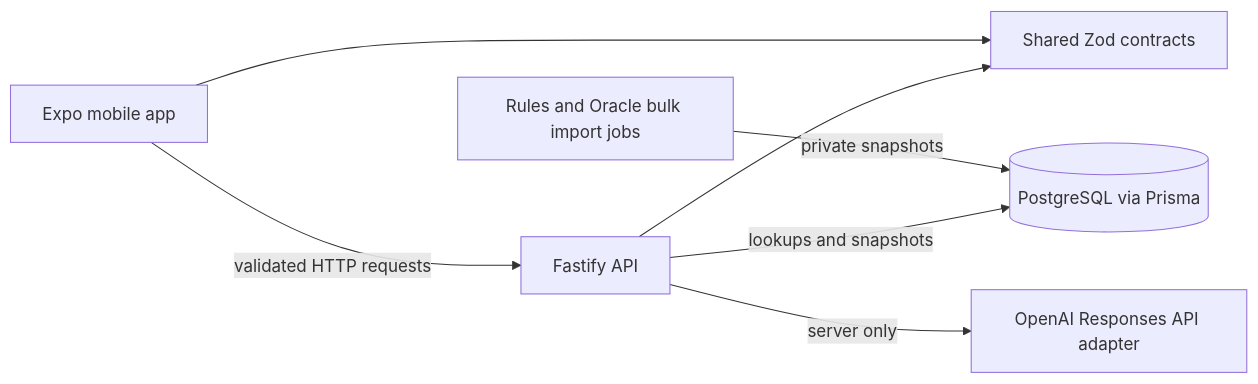
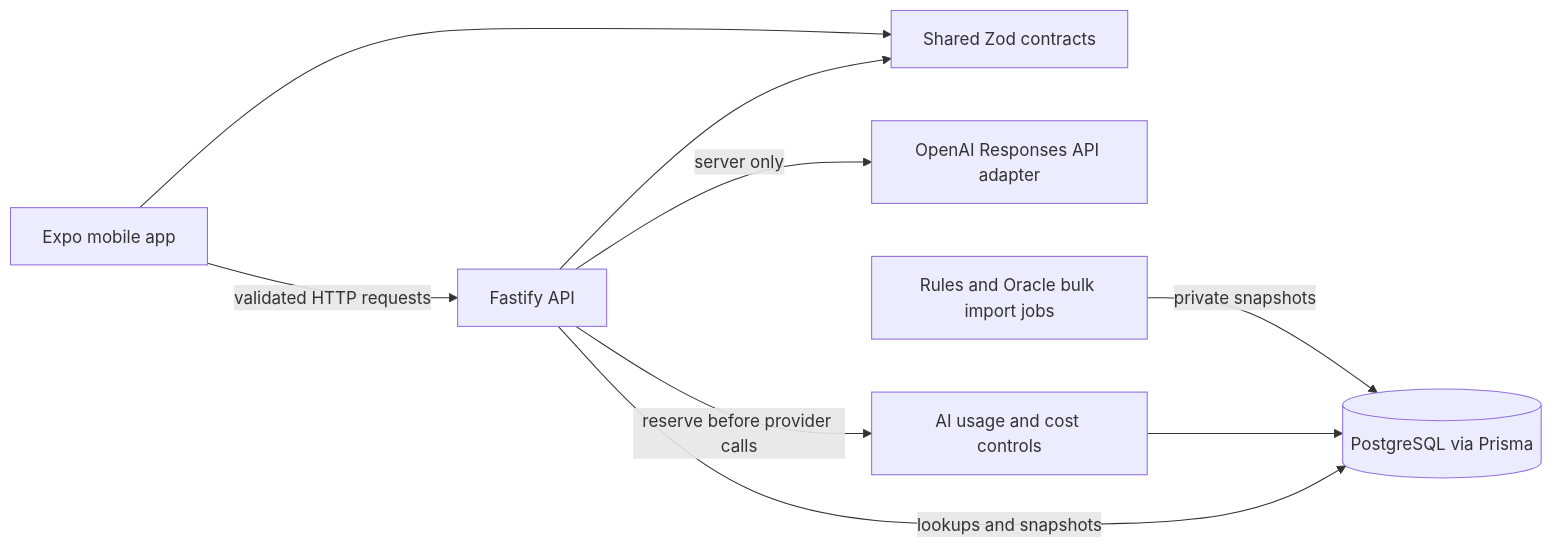
The diagram in docs/architecture.md (aleiruiz/MTGRulesLawyer), drawn with Mermaid before and after one commit. The commit also changed other lines of this file and 10 other files, not shown here.

Commit message:
feat(ai): add atomic usage reservations and quotas

````diff
--- a/docs/architecture.md
+++ b/docs/architecture.md
@@ -15,9 +15,11 @@
 ```mermaid
 flowchart LR
   Mobile[Expo mobile app] -->|validated HTTP requests| API[Fastify API]
   API --> Contracts[Shared Zod contracts]
   Mobile --> Contracts
   API -->|lookups and snapshots| DB[(PostgreSQL via Prisma)]
   API -->|server only| Model[OpenAI Responses API adapter]
+  API -->|reserve before provider calls| Quotas[AI usage and cost controls]
+  Quotas --> DB
   Sources[Rules and Oracle bulk import jobs] -->|private snapshots| DB
 ```
````
